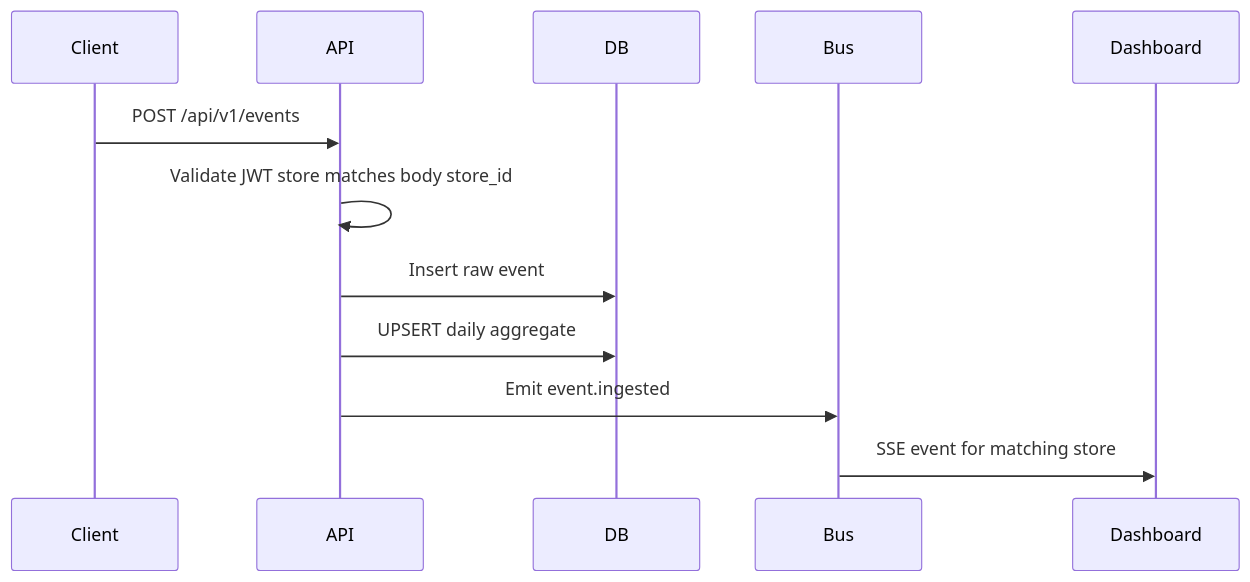
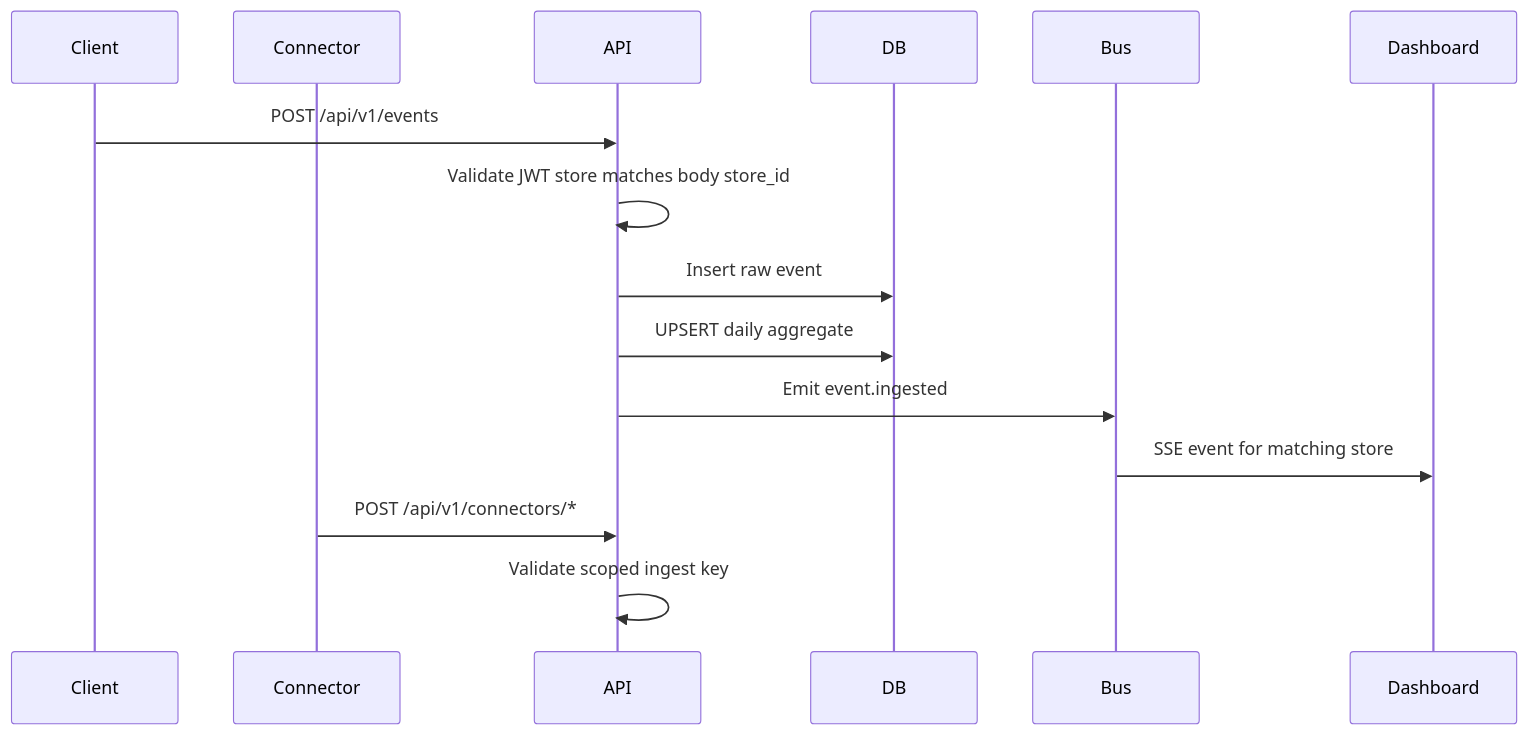
The diagram in docs/ARCHITECTURE.md (sandip-pathe/amboras-analytics), drawn with Mermaid before and after one commit. The commit also changed other lines of this file and 49 other files, not shown here.

````diff
--- a/docs/ARCHITECTURE.md
+++ b/docs/ARCHITECTURE.md
@@ -74,15 +76,18 @@
 ```mermaid
 sequenceDiagram
   participant Client
+  participant Connector
   participant API
   participant DB
   participant Bus
   participant Dashboard
 
   Client->>API: POST /api/v1/events
   API->>API: Validate JWT store matches body store_id
   API->>DB: Insert raw event
   API->>DB: UPSERT daily aggregate
   API->>Bus: Emit event.ingested
   Bus->>Dashboard: SSE event for matching store
+  Connector->>API: POST /api/v1/connectors/*
+  API->>API: Validate scoped ingest key
 ```
````
